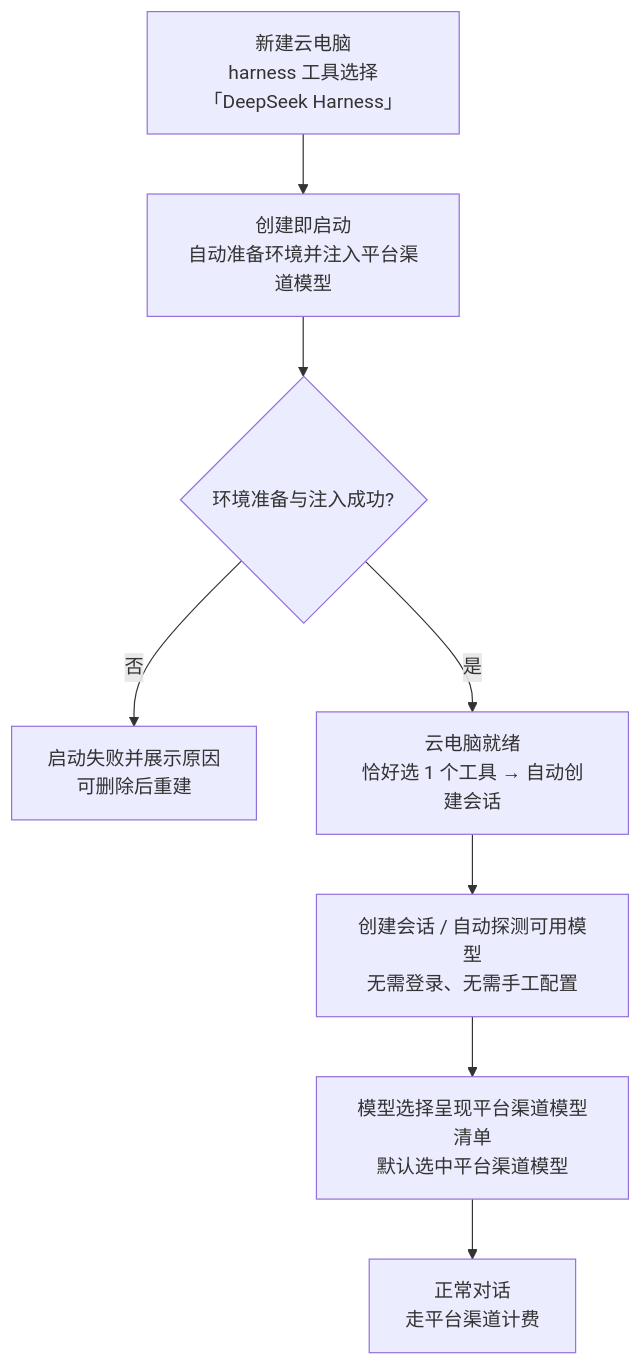
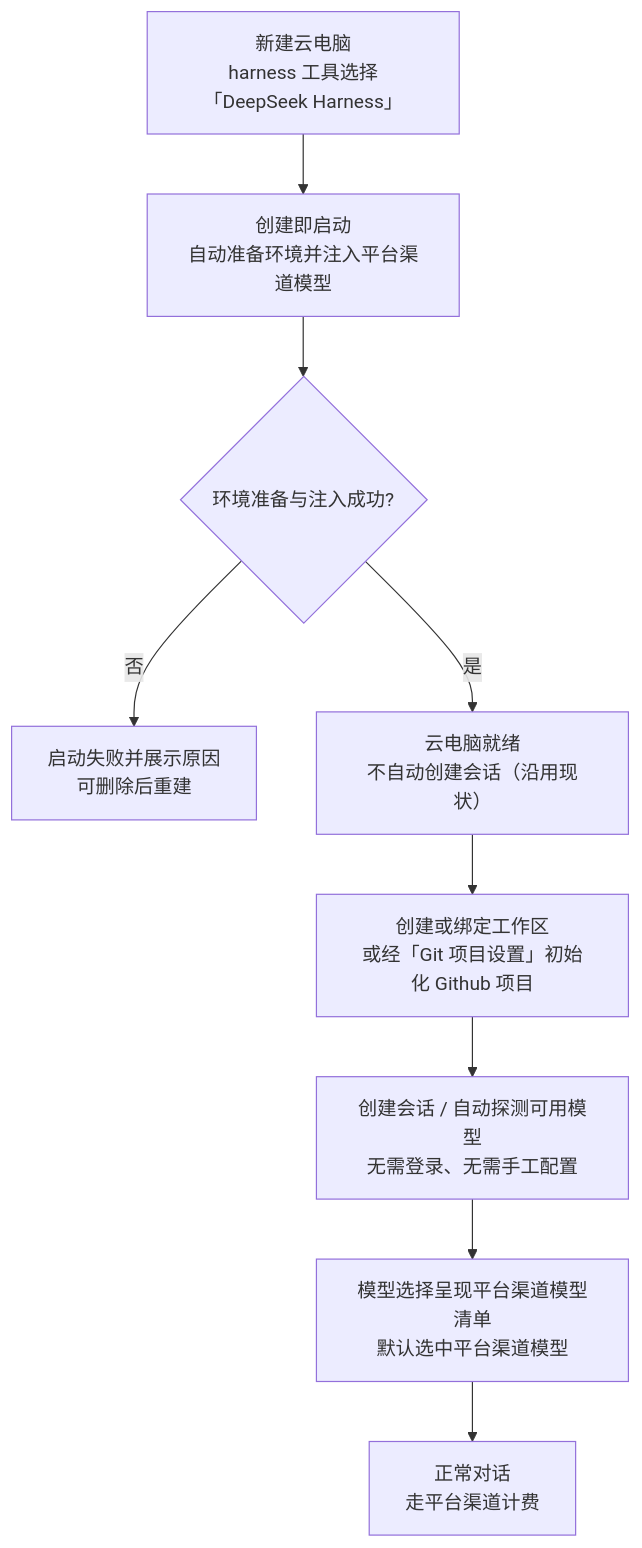
Before and after one commit to Deliay/z-agent-gear: the first of 3 diagrams in docs/product/draft/20261025-deepseek-harness.md, drawn with Mermaid. The commit also changed other lines of this file and 1 other file, not shown here.

````diff
--- a/docs/product/draft/20261025-deepseek-harness.md
+++ b/docs/product/draft/20261025-deepseek-harness.md
@@ -141,10 +142,11 @@
 ```mermaid
 flowchart TD
     A[新建云电脑<br/>harness 工具选择「DeepSeek Harness」] --> B[创建即启动<br/>自动准备环境并注入平台渠道模型]
     B --> C{环境准备与注入成功?}
     C -->|否| C1[启动失败并展示原因<br/>可删除后重建]
-    C -->|是| D[云电脑就绪<br/>恰好选 1 个工具 → 自动创建会话]
-    D --> E[创建会话 / 自动探测可用模型<br/>无需登录、无需手工配置]
+    C -->|是| D[云电脑就绪<br/>不自动创建会话（沿用现状）]
+    D --> D1[创建或绑定工作区<br/>或经「Git 项目设置」初始化 Github 项目]
+    D1 --> E[创建会话 / 自动探测可用模型<br/>无需登录、无需手工配置]
     E --> F[模型选择呈现平台渠道模型清单<br/>默认选中平台渠道模型]
     F --> G[正常对话<br/>走平台渠道计费]
 ```
````
